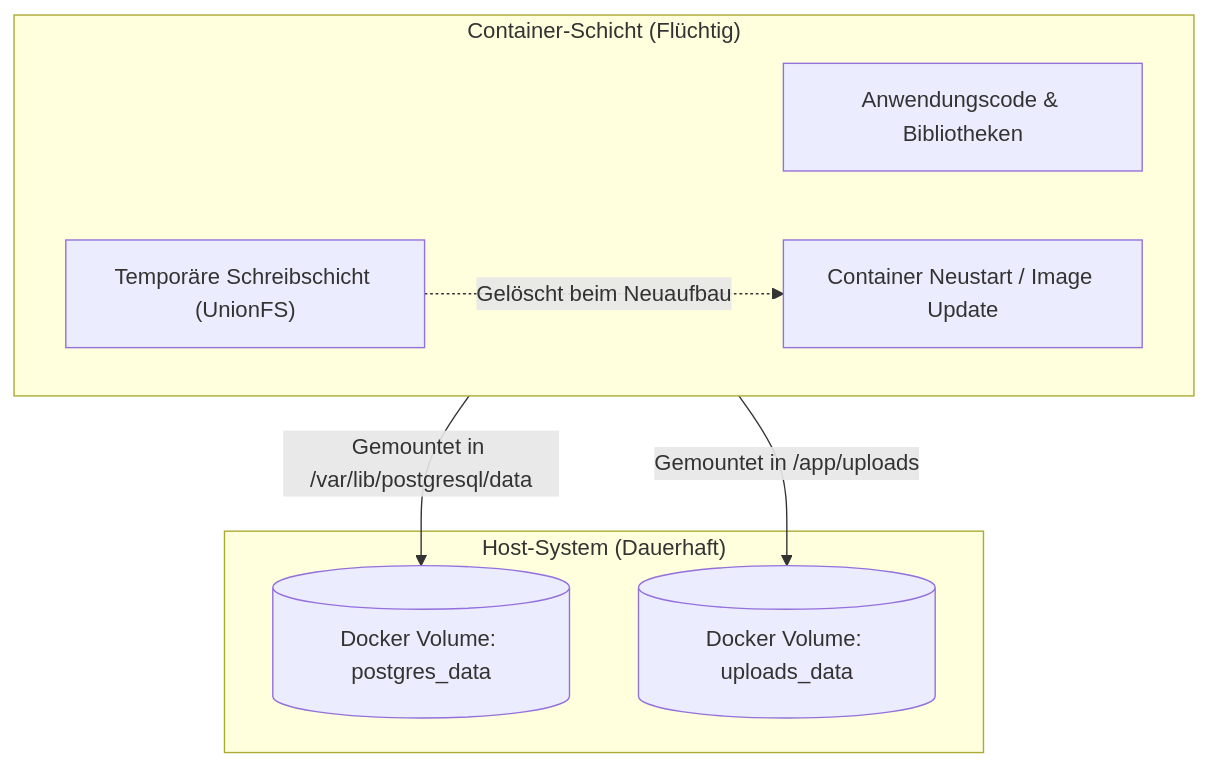
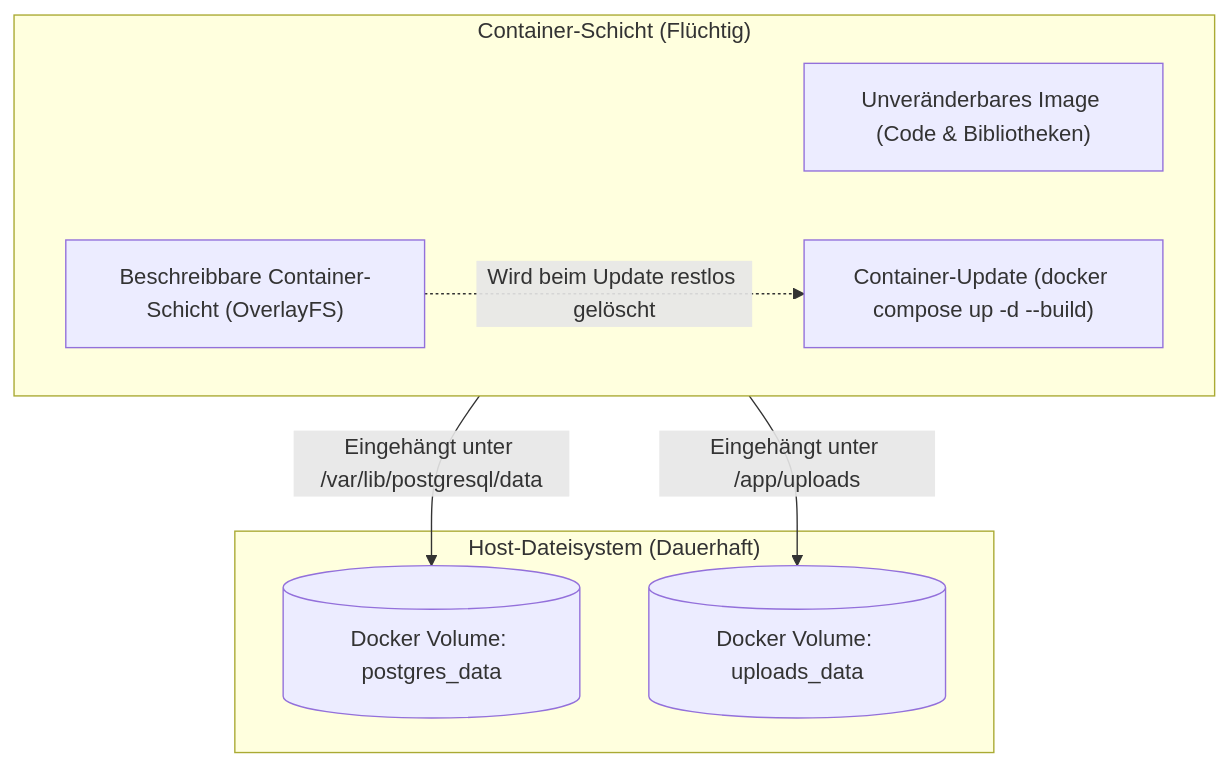
One commit to Pascal-Thommen/pascal-thommen.github.io changed the fourth of 4 diagrams in content/posts/upa-campus-app-architecture-part-2/index.de.md. Above: the diagram before and after it, drawn with Mermaid. The commit also changed other lines of this file and 20 other files, not shown here.

Commit message:
feat(posts): refine UPA Campus App architecture series with holistic webapp mental model and specification depth

````diff
--- a/content/posts/upa-campus-app-architecture-part-2/index.de.md
+++ b/content/posts/upa-campus-app-architecture-part-2/index.de.md
@@ -257,15 +240,15 @@
 ```mermaid
 flowchart TD
     subgraph ContainerLifecycle["Container-Schicht (Flüchtig)"]
-        AppCode["Anwendungscode & Bibliotheken"]
-        TempFS["Temporäre Schreibschicht (UnionFS)"]
-        KillAction["Container Neustart / Image Update"]
-        TempFS -.->|Gelöscht beim Neuaufbau| KillAction
+        AppCode["Unveränderbares Image (Code & Bibliotheken)"]
+        TempFS["Beschreibbare Container-Schicht (OverlayFS)"]
+        KillAction["Container-Update (docker compose up -d --build)"]
+        TempFS -.->|Wird beim Update restlos gelöscht| KillAction
     end
-    subgraph HostStorage["Host-System (Dauerhaft)"]
+    subgraph HostStorage["Host-Dateisystem (Dauerhaft)"]
         PGVolume[("Docker Volume: postgres_data")]
         UploadVolume[("Docker Volume: uploads_data")]
     end
-    ContainerLifecycle -->|Gemountet in /var/lib/postgresql/data| PGVolume
-    ContainerLifecycle -->|Gemountet in /app/uploads| UploadVolume
+    ContainerLifecycle -->|Eingehängt unter /var/lib/postgresql/data| PGVolume
+    ContainerLifecycle -->|Eingehängt unter /app/uploads| UploadVolume
 ```
````
